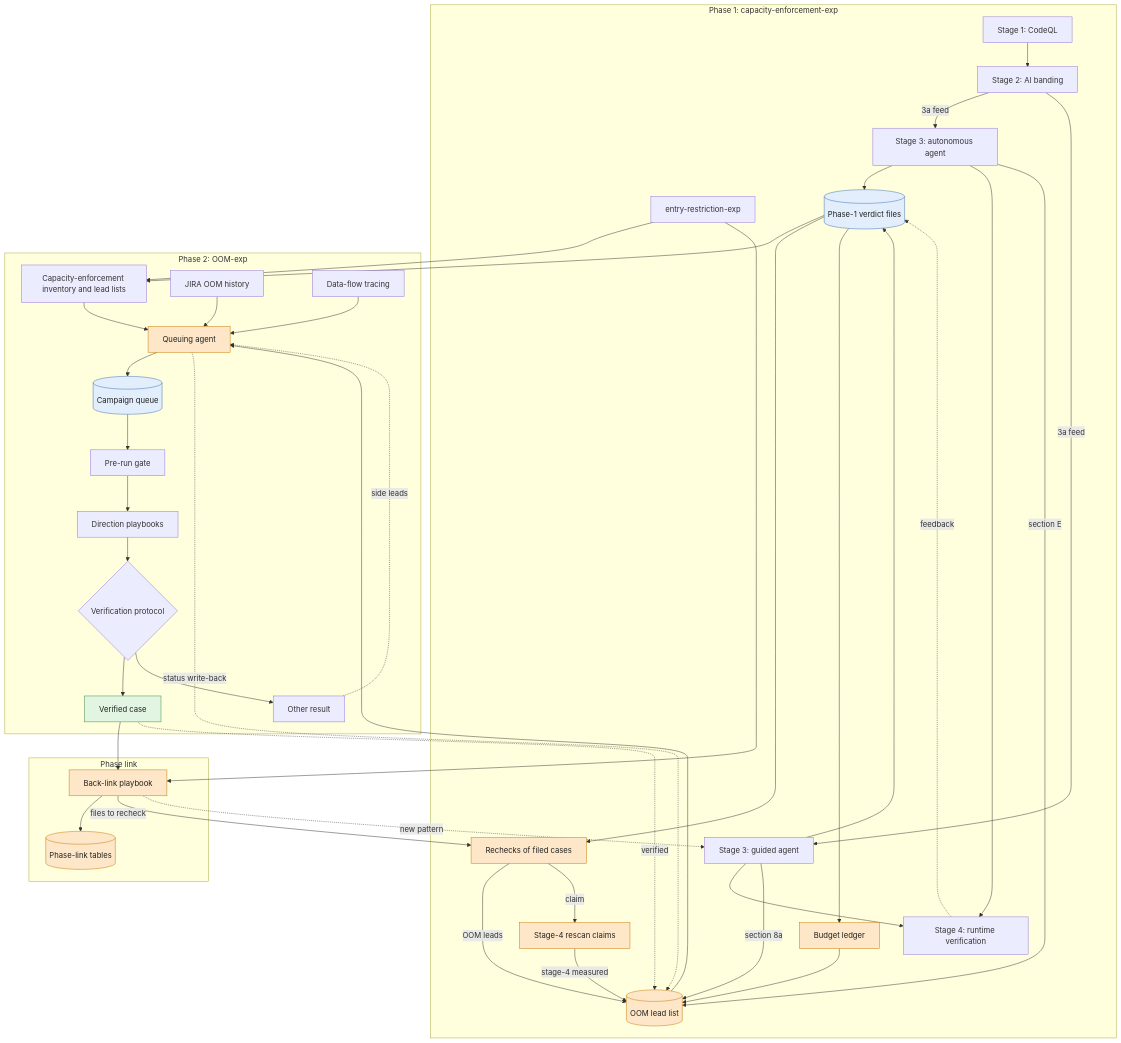
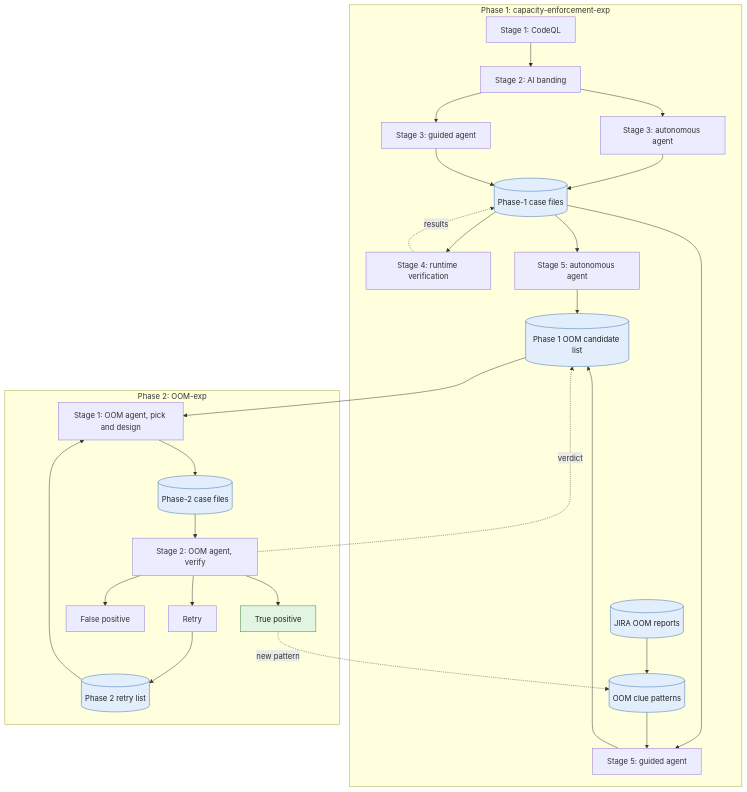
Before and after one commit to MengJingsong/Misconfiguration: the diagram in experiments/FLOWCHART.md, drawn with Mermaid. The commit also changed other lines of this file and 3 other files, not shown here.

Commit message:
Experiments README, flowchart and handoff for the 2026-11-17 redesign

````diff
--- a/experiments/FLOWCHART.md
+++ b/experiments/FLOWCHART.md
@@ -80,80 +65,57 @@
 ```mermaid
 flowchart TD
-  classDef newlink fill:#fde7c8,stroke:#c77700,color:#222
   classDef store fill:#e3eefc,stroke:#3a6fb0,color:#222
   classDef verdict fill:#e2f4e2,stroke:#3a8a3a,color:#222
 
   subgraph P1["Phase 1: capacity-enforcement-exp"]
     S1["Stage 1: CodeQL"]
     S2["Stage 2: AI banding"]
     S3A["Stage 3: autonomous agent"]
     S3G["Stage 3: guided agent"]
-    ER["entry-restriction-exp"]
-    VF[("Phase-1 verdict files")]
+    CF[("Phase-1 case files")]
     S4["Stage 4: runtime verification"]
-    RC["Rechecks of filed cases"]
-    BLG["Budget ledger"]
-    RS["Stage-4 rescan claims"]
-    LL[("OOM lead list")]
+    JR[("JIRA OOM reports")]
+    CPAT[("OOM clue patterns")]
+    S5A["Stage 5: autonomous agent"]
+    S5G["Stage 5: guided agent"]
+    CL[("Phase 1 OOM candidate list")]
   end
 
   subgraph P2["Phase 2: OOM-exp"]
-    INV["Capacity-enforcement inventory and lead lists"]
-    JIRA["JIRA OOM history"]
-    DF["Data-flow tracing"]
-    Q["Queuing agent"]
-    CP[("Campaign queue")]
-    GATE["Pre-run gate"]
-    RUN["Direction playbooks"]
-    VP{"Verification protocol"}
-    VER["Verified case"]
-    OTH["Other result"]
-  end
-
-  subgraph LK["Phase link"]
-    BL["Back-link playbook"]
-    PL[("Phase-link tables")]
+    RL[("Phase 2 retry list")]
+    O1["Stage 1: OOM agent, pick and design"]
+    CASE[("Phase-2 case files")]
+    O2["Stage 2: OOM agent, verify"]
+    TP["True positive"]
+    FP["False positive"]
+    RT["Retry"]
   end
 
   S1 --> S2
-  S2 -->|3a feed| S3A
-  S2 -->|3a feed| S3G
-  S3A --> VF
-  S3G --> VF
-  S3A --> S4
-  S3G --> S4
-  S4 -.->|feedback| VF
-  VF --> INV
-  ER --> INV
+  S2 --> S3A
+  S2 --> S3G
+  S3A --> CF
+  S3G --> CF
+  CF --> S4
+  S4 -.->|results| CF
+  JR --> CPAT
+  CF --> S5A
+  CF --> S5G
+  CPAT --> S5G
+  S5A --> CL
+  S5G --> CL
 
-  S3A -->|section E| LL
-  S3G -->|section 8a| LL
-  VF --> RC
-  RC -->|OOM leads| LL
-  VF --> BLG
-  BLG --> LL
-  RC -->|claim| RS
-  RS -->|stage-4 measured| LL
+  CL --> O1
+  RL --> O1
+  O1 --> CASE
+  CASE --> O2
+  O2 --> TP
+  O2 --> FP
+  O2 --> RT
+  RT --> RL
+  O2 -.->|verdict| CL
+  TP -.->|new pattern| CPAT
 
-  LL --> Q
-  INV --> Q
-  JIRA --> Q
-  DF --> Q
-  Q --> CP
-  Q -.->|status write-back| LL
-  CP --> GATE --> RUN --> VP
-  VP --> VER
-  VP --> OTH
-  OTH -.->|side leads| Q
-
-  VER --> BL
-  ER --> BL
-  BL --> PL
-  BL -->|files to recheck| RC
-  BL -.->|new pattern| S3G
-  VER -.->|verified| LL
-
-  class RC,BLG,RS,LL,Q,BL,PL newlink
-  class VF,CP store
-  class VER verdict
+  class CF,JR,CPAT,CL,RL,CASE store
+  class TP verdict
 ```
````
